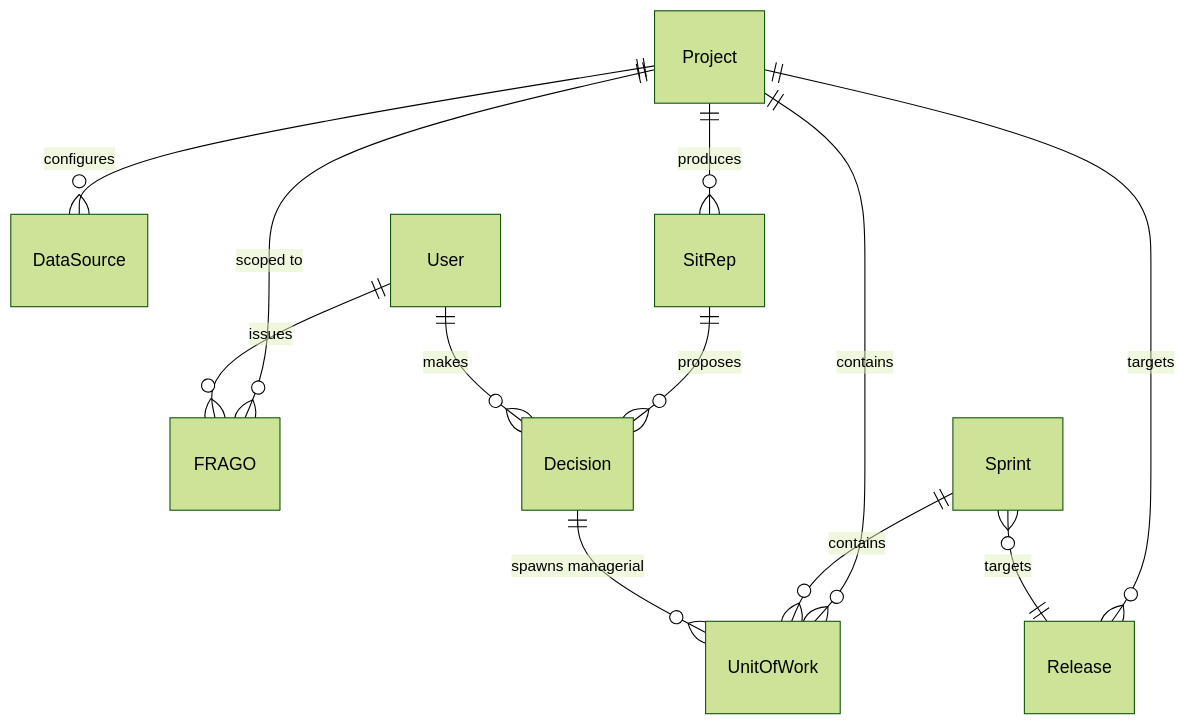
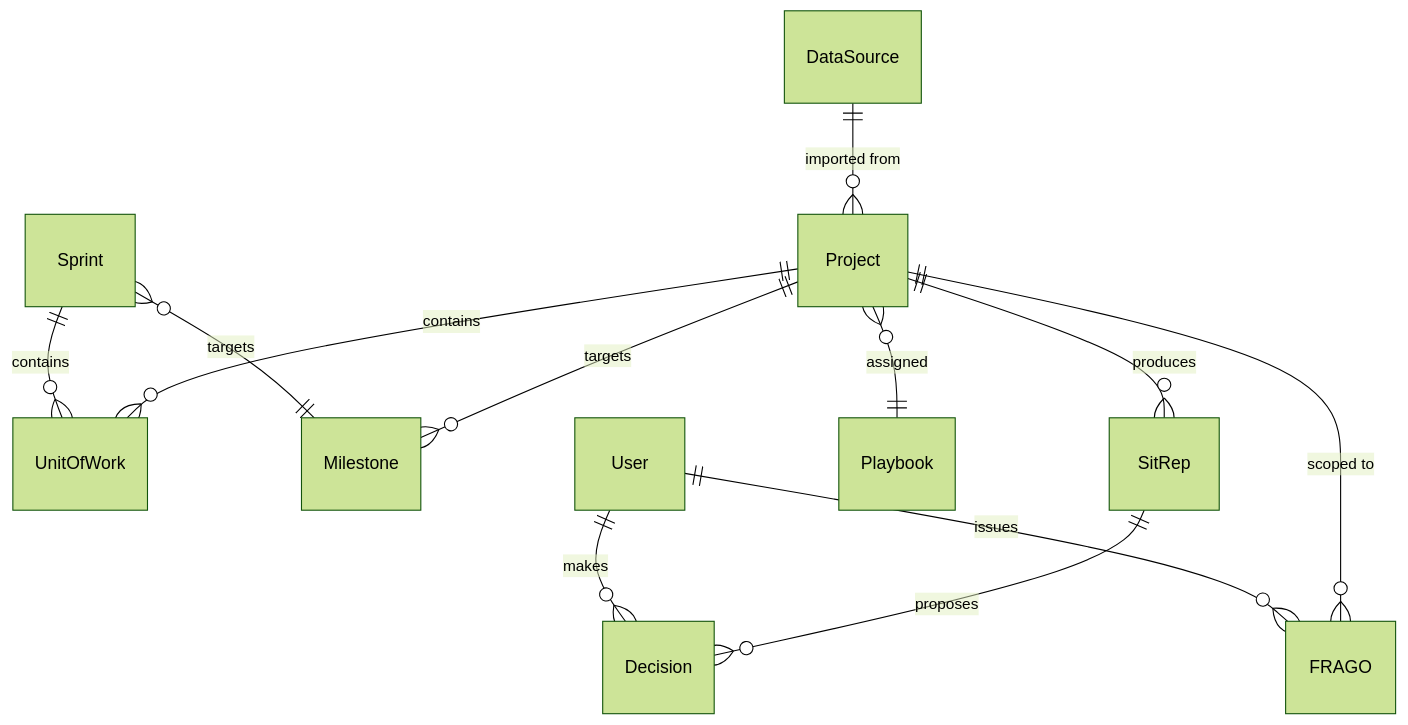
One commit to FeatureFactory-io/huginn changed the first of 6 diagrams in docs/ideation/vision.md. Above: the diagram before and after it, drawn with Mermaid (forest theme). The commit also changed other lines of this file and 28 other files, not shown here.

````diff
--- a/docs/ideation/vision.md
+++ b/docs/ideation/vision.md
@@ -147,14 +155,14 @@
 ```mermaid
 erDiagram
-    Project ||--o{ DataSource : configures
+    DataSource ||--o{ Project : "imported from"
     Project ||--o{ UnitOfWork : contains
-    Project ||--o{ Release : targets
+    Project ||--o{ Milestone : targets
     Project ||--o{ SitRep : produces
     Project ||--o{ FRAGO : "scoped to"
-    Sprint }o--|| Release : targets
+    Project }o--|| Playbook : assigned
+    Sprint }o--|| Milestone : targets
     Sprint ||--o{ UnitOfWork : contains
     SitRep ||--o{ Decision : proposes
-    Decision ||--o{ UnitOfWork : "spawns managerial"
     User ||--o{ Decision : makes
     User ||--o{ FRAGO : issues
 ```
````
